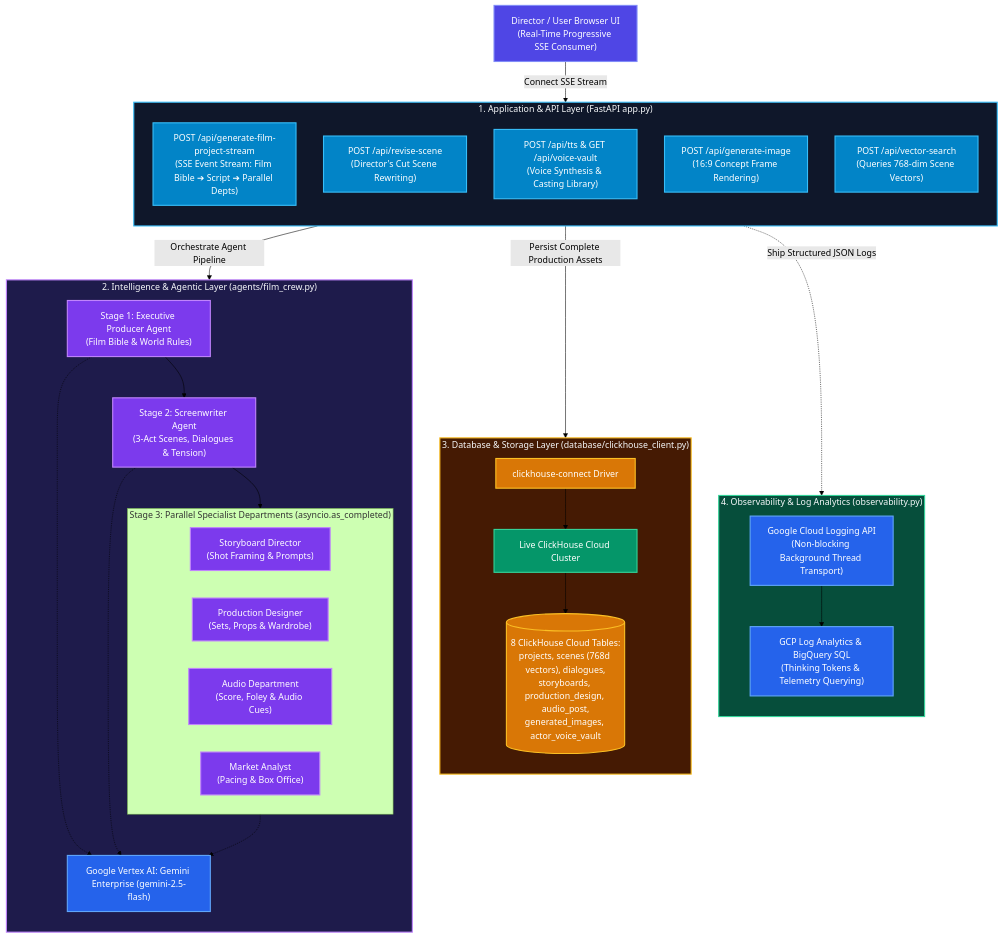
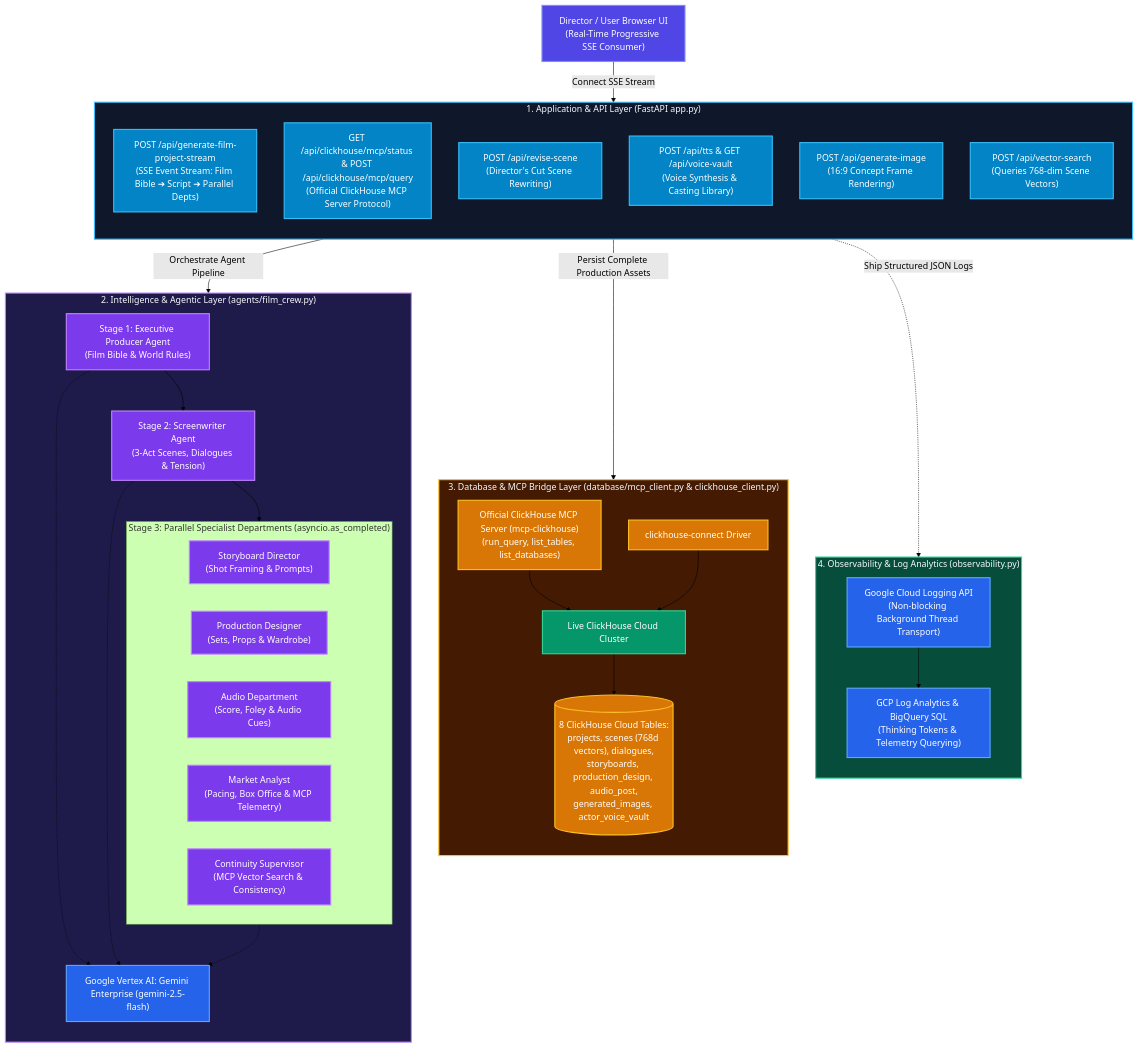
Before and after one commit to dwinsi/Agentic-Cinema: the first of 2 diagrams in Documents/02_SYSTEM_ARCHITECTURE.md, drawn with Mermaid (forest theme). The commit also changed 42 other files, not shown here.

Commit message:
feat: add ClickHouse MCP integration, UI continuity dashboards, and comprehensive test suite

````diff
--- a/Documents/02_SYSTEM_ARCHITECTURE.md
+++ b/Documents/02_SYSTEM_ARCHITECTURE.md
@@ -9,66 +9,70 @@
 ```mermaid
 flowchart TD
     classDef clientStyle fill:#4f46e5,stroke:#818cf8,stroke-width:2px,color:#ffffff;
     classDef apiStyle fill:#0284c7,stroke:#38bdf8,stroke-width:2px,color:#ffffff;
     classDef agentStyle fill:#7c3aed,stroke:#c084fc,stroke-width:2px,color:#ffffff;
     classDef gcpStyle fill:#2563eb,stroke:#60a5fa,stroke-width:2px,color:#ffffff;
     classDef dbStyle fill:#d97706,stroke:#fbbf24,stroke-width:2px,color:#ffffff;
     classDef liveStyle fill:#059669,stroke:#34d399,stroke-width:2px,color:#ffffff;
 
     Client["Director / User Browser UI<br/>(Real-Time Progressive SSE Consumer)"]:::clientStyle
 
     subgraph Layer1["1. Application & API Layer (FastAPI app.py)"]
         direction TB
         API_STREAM["POST /api/generate-film-project-stream<br/>(SSE Event Stream: Film Bible ➔ Script ➔ Parallel Depts)"]:::apiStyle
+        API_MCP["GET /api/clickhouse/mcp/status & POST /api/clickhouse/mcp/query<br/>(Official ClickHouse MCP Server Protocol)"]:::apiStyle
         API_REV["POST /api/revise-scene<br/>(Director's Cut Scene Rewriting)"]:::apiStyle
         API_VOICE["POST /api/tts & GET /api/voice-vault<br/>(Voice Synthesis & Casting Library)"]:::apiStyle
         API_IMG["POST /api/generate-image<br/>(16:9 Concept Frame Rendering)"]:::apiStyle
         API_VEC["POST /api/vector-search<br/>(Queries 768-dim Scene Vectors)"]:::apiStyle
     end
 
     subgraph Layer2["2. Intelligence & Agentic Layer (agents/film_crew.py)"]
         direction TB
         EP["Stage 1: Executive Producer Agent<br/>(Film Bible & World Rules)"]:::agentStyle
         SW["Stage 2: Screenwriter Agent<br/>(3-Act Scenes, Dialogues & Tension)"]:::agentStyle
         
         subgraph Stage3["Stage 3: Parallel Specialist Departments (asyncio.as_completed)"]
             SD["Storyboard Director<br/>(Shot Framing & Prompts)"]:::agentStyle
             PD["Production Designer<br/>(Sets, Props & Wardrobe)"]:::agentStyle
             AU["Audio Department<br/>(Score, Foley & Audio Cues)"]:::agentStyle
-            MA["Market Analyst<br/>(Pacing & Box Office)"]:::agentStyle
+            MA["Market Analyst<br/>(Pacing, Box Office & MCP Telemetry)"]:::agentStyle
+            CS["Continuity Supervisor<br/>(MCP Vector Search & Consistency)"]:::agentStyle
         end
 
         Gemini["Google Vertex AI: Gemini Enterprise (gemini-2.5-flash)"]:::gcpStyle
 
         EP --> SW --> Stage3
         EP -.-> Gemini
         SW -.-> Gemini
         Stage3 -.-> Gemini
     end
 
-    subgraph Layer3["3. Database & Storage Layer (database/clickhouse_client.py)"]
+    subgraph Layer3["3. Database & MCP Bridge Layer (database/mcp_client.py & clickhouse_client.py)"]
         direction TB
+        MCPBridge["Official ClickHouse MCP Server (mcp-clickhouse)<br/>(run_query, list_tables, list_databases)"]:::dbStyle
         ClientLib["clickhouse-connect Driver"]:::dbStyle
         LiveCloud["Live ClickHouse Cloud Cluster"]:::liveStyle
         Tables[("8 ClickHouse Cloud Tables:<br/>projects, scenes (768d vectors), dialogues,<br/>storyboards, production_design, audio_post,<br/>generated_images, actor_voice_vault")]:::dbStyle
 
+        MCPBridge --> LiveCloud
         ClientLib --> LiveCloud --> Tables
     end
 
     subgraph Layer4["4. Observability & Log Analytics (observability.py)"]
         direction TB
         CloudLog["Google Cloud Logging API<br/>(Non-blocking Background Thread Transport)"]:::gcpStyle
         LogAnalytics["GCP Log Analytics & BigQuery SQL<br/>(Thinking Tokens & Telemetry Querying)"]:::gcpStyle
         CloudLog --> LogAnalytics
     end
 
     Client -->|Connect SSE Stream| Layer1
     Layer1 -->|Orchestrate Agent Pipeline| Layer2
     Layer1 -->|Persist Complete Production Assets| Layer3
     Layer1 -.->|Ship Structured JSON Logs| Layer4
 
     style Layer1 fill:#0f172a,stroke:#38bdf8,stroke-width:2px,color:#f8fafc;
     style Layer2 fill:#1e1b4b,stroke:#c084fc,stroke-width:2px,color:#f8fafc;
     style Layer3 fill:#451a03,stroke:#fbbf24,stroke-width:2px,color:#f8fafc;
     style Layer4 fill:#064e3b,stroke:#34d399,stroke-width:2px,color:#f8fafc;
 ```
````
